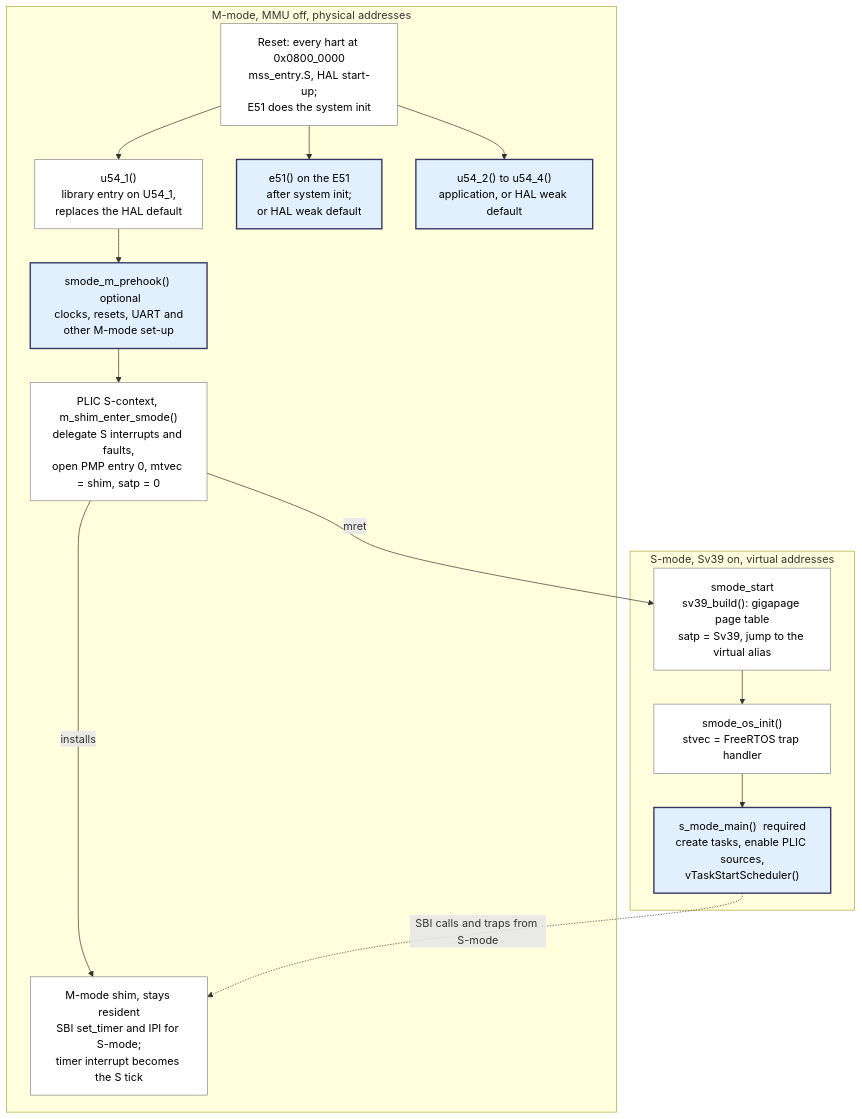
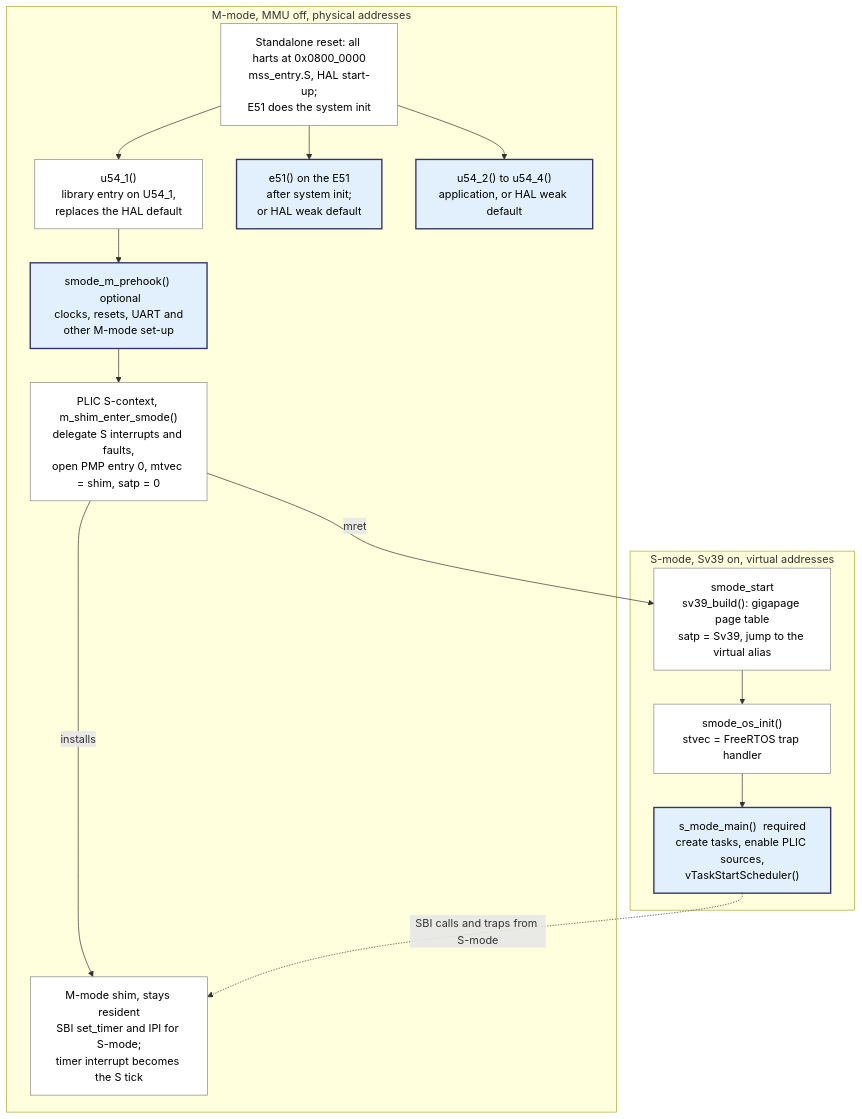
The first of 2 diagrams in docs/library-build-and-hello-world.md (InuyashaITB/mpfs-freertos-smode), drawn with Mermaid before and after one commit. The commit also changed other lines of this file, not shown here.

First line of the commit message:
docs: standalone versus bootloader-loaded images in the review guide

````diff
--- a/docs/library-build-and-hello-world.md
+++ b/docs/library-build-and-hello-world.md
@@ -145,29 +145,29 @@
 ```mermaid
 flowchart TD
     subgraph M ["M-mode, MMU off, physical addresses"]
-        RST["Reset: every hart at 0x0800_0000<br/>mss_entry.S, HAL start-up;<br/>E51 does the system init"]
+        RST["Standalone reset: all harts at 0x0800_0000<br/>mss_entry.S, HAL start-up;<br/>E51 does the system init"]
         U541["u54_1()<br/>library entry on U54_1,<br/>replaces the HAL default"]
         PRE["smode_m_prehook() &nbsp;optional<br/>clocks, resets, UART and<br/>other M-mode set-up"]
         ENT["PLIC S-context, m_shim_enter_smode()<br/>delegate S interrupts and faults,<br/>open PMP entry 0, mtvec = shim, satp = 0"]
         E51["e51() on the E51<br/>after system init;<br/>or HAL weak default"]
         U54N["u54_2() to u54_4()<br/>application, or HAL weak default"]
         SHIM["M-mode shim, stays resident<br/>SBI set_timer and IPI for S-mode;<br/>timer interrupt becomes the S tick"]
     end
     subgraph S ["S-mode, Sv39 on, virtual addresses"]
         SST["smode_start<br/>sv39_build(): gigapage page table<br/>satp = Sv39, jump to the virtual alias"]
         OSI["smode_os_init()<br/>stvec = FreeRTOS trap handler"]
         MAIN["s_mode_main() &nbsp;required<br/>create tasks, enable PLIC sources,<br/>vTaskStartScheduler()"]
     end
 
     RST --> U541 --> PRE --> ENT
     RST --> E51
     RST --> U54N
     ENT -->|installs| SHIM
     ENT -->|mret| SST --> OSI --> MAIN
     MAIN -. "SBI calls and traps from S-mode" .-> SHIM
 
     classDef app fill:#e2f0fd,stroke:#336,stroke-width:2px,color:#000
     classDef lib fill:#fff,stroke:#888,color:#000
     class PRE,MAIN,E51,U54N app
     class RST,U541,ENT,SHIM,SST,OSI lib
 ```
````
